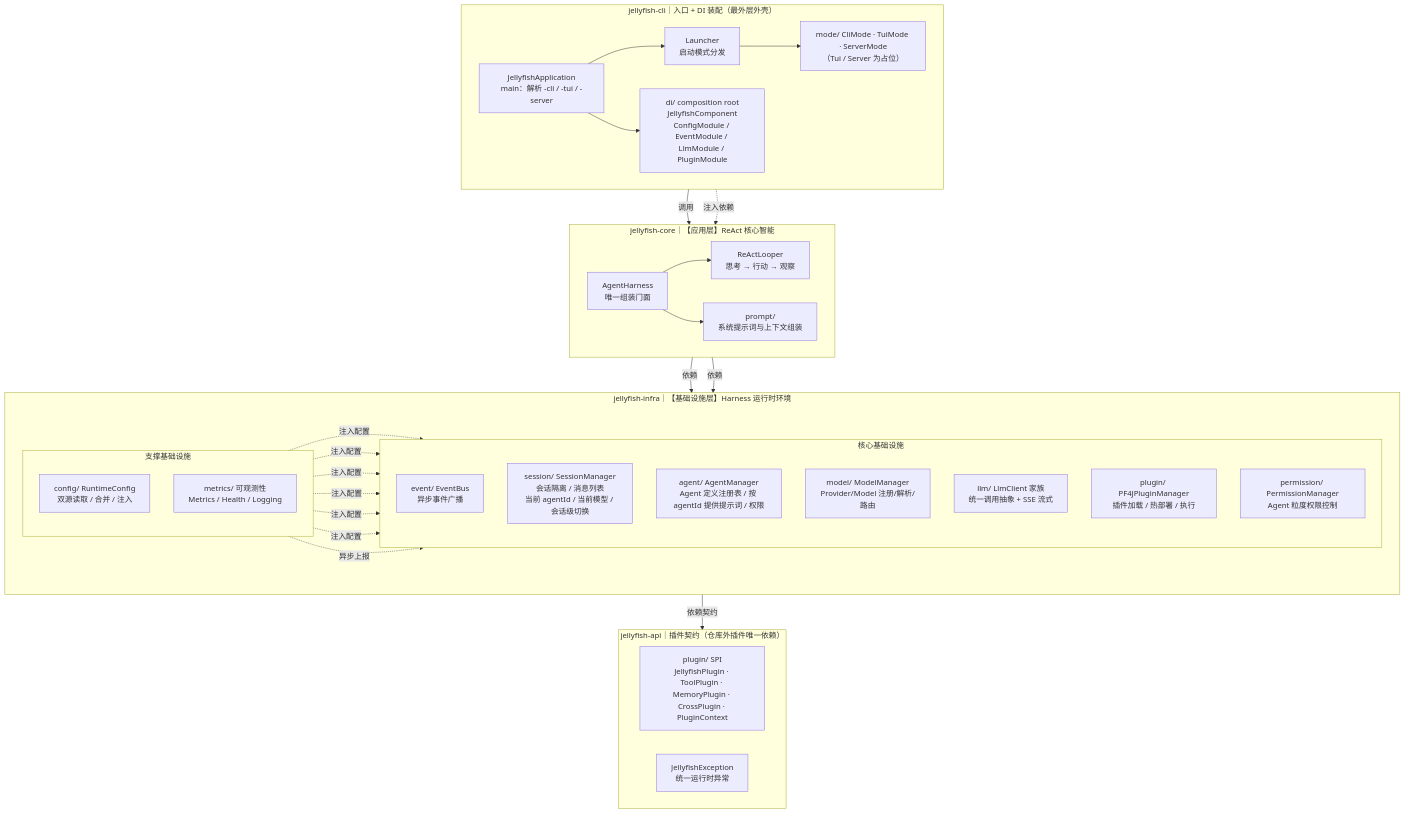
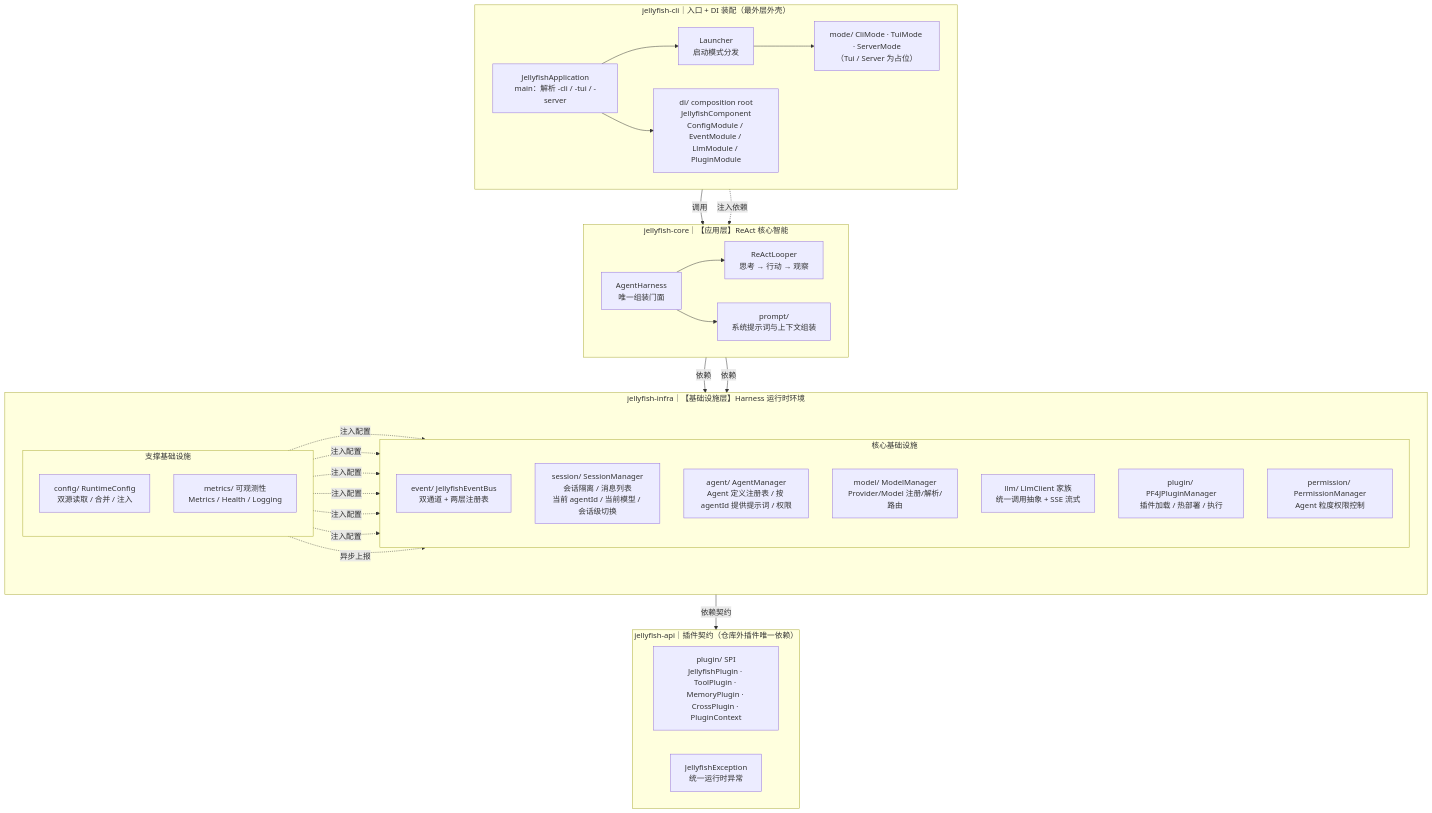
One commit to zcd0831/Jellyfish changed the second of 3 diagrams in Jellyfish技术方案.md. Above: the diagram before and after it, drawn with Mermaid. The commit also changed other lines of this file and 64 other files, not shown here.

````diff
--- a/Jellyfish技术方案.md
+++ b/Jellyfish技术方案.md
@@ -136,60 +136,60 @@
 ```mermaid
 flowchart TB
     subgraph CLI["jellyfish-cli｜入口 + DI 装配（最外层外壳）"]
         direction LR
         App["JellyfishApplication<br>main：解析 -cli / -tui / -server"]
         Launcher["Launcher<br>启动模式分发"]
         Modes["mode/ CliMode · TuiMode · ServerMode<br>（Tui / Server 为占位）"]
         DI["di/ composition root<br>JellyfishComponent<br>ConfigModule / EventModule / LlmModule / PluginModule"]
     end
 
     subgraph CORE["jellyfish-core｜【应用层】ReAct 核心智能"]
         direction LR
         Harness["AgentHarness<br>唯一组装门面"]
         Loop["ReActLooper<br>思考 → 行动 → 观察"]
         Prompt["prompt/<br>系统提示词与上下文组装"]
     end
 
     subgraph INFRA["jellyfish-infra｜【基础设施层】Harness 运行时环境"]
         direction LR
         subgraph CoreInfra["核心基础设施"]
             direction TB
-            EventBus["event/ EventBus<br>异步事件广播"]
+            EventBus["event/ JellyfishEventBus<br>双通道 + 两层注册表"]
             SessionMgr["session/ SessionManager<br>会话隔离 / 消息列表<br>当前 agentId / 当前模型 / 会话级切换"]
             AgentMgr["agent/ AgentManager<br>Agent 定义注册表 / 按 agentId 提供提示词 / 权限"]
             ModelMgr["model/ ModelManager<br>Provider/Model 注册/解析/路由"]
             Llm["llm/ LlmClient 家族<br>统一调用抽象 + SSE 流式"]
             PluginMgr["plugin/ PF4JPluginManager<br>插件加载 / 热部署 / 执行"]
             PermMgr["permission/ PermissionManager<br>Agent 粒度权限控制"]
         end
         subgraph SupportInfra["支撑基础设施"]
             direction TB
             Config["config/ RuntimeConfig<br>双源读取 / 合并 / 注入"]
             Metrics["metrics/ 可观测性<br>Metrics / Health / Logging"]
         end
     end
 
     subgraph APIM["jellyfish-api｜插件契约（仓库外插件唯一依赖）"]
         direction LR
         SPI["plugin/ SPI<br>JellyfishPlugin · ToolPlugin · MemoryPlugin · CrossPlugin · PluginContext"]
         Ex["JellyfishException<br>统一运行时异常"]
     end
 
     App --> Launcher
     App --> DI
     Launcher --> Modes
     Modes -->|调用| Harness
     DI -.->|注入依赖| Harness
     Harness --> Loop
     Harness --> Prompt
     Harness -->|依赖| CoreInfra
     Harness -->|依赖| SupportInfra
     CoreInfra -->|依赖契约| SPI
     Config -.->|注入配置| EventBus
     Config -.->|注入配置| SessionMgr
     Config -.->|注入配置| ModelMgr
     Config -.->|注入配置| AgentMgr
     Config -.->|注入配置| PluginMgr
     Config -.->|注入配置| PermMgr
     Metrics -.->|异步上报| EventBus
 ```
````
